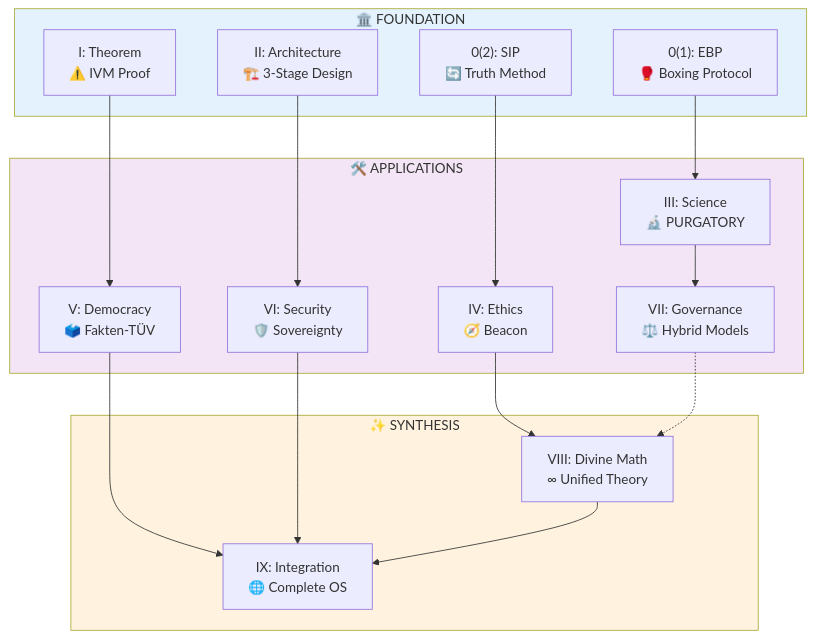
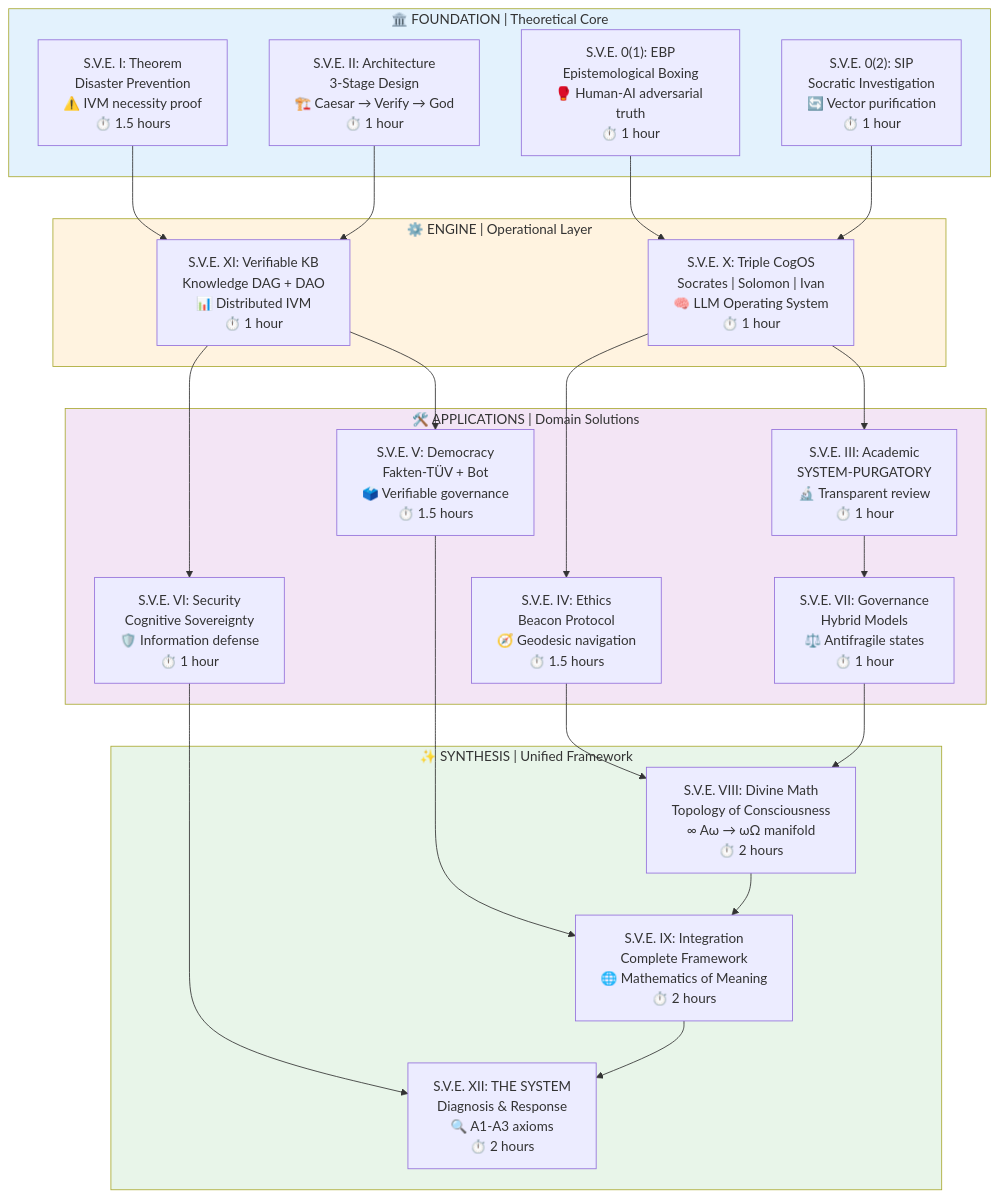
Before and after one commit to skovnats/SVE-Systemic-Verification-Engineering: the diagram in README.md, drawn with Mermaid. The commit also changed other lines of this file and 6 other files, not shown here.

````diff
--- a/README.md
+++ b/README.md
@@ -23,37 +43,51 @@
 ```mermaid
 graph TB
-    subgraph Foundation["🏛️ FOUNDATION"]
-        EBP["0(1): EBP<br/>🥊 Boxing Protocol"]
-        SIP["0(2): SIP<br/>🔄 Truth Method"]
-        THEOREM["I: Theorem<br/>⚠️ IVM Proof"]
-        ARCH["II: Architecture<br/>🏗️ 3-Stage Design"]
+    subgraph Foundation["🏛️ FOUNDATION | Theoretical Core"]
+        EBP["S.V.E. 0(1): EBP<br/>Epistemological Boxing<br/>🥊 Human-AI adversarial truth<br/>⏱️ 1 hour"]
+        SIP["S.V.E. 0(2): SIP<br/>Socratic Investigation<br/>🔄 Vector purification<br/>⏱️ 1 hour"]
+        THEOREM["S.V.E. I: Theorem<br/>Disaster Prevention<br/>⚠️ IVM necessity proof<br/>⏱️ 1.5 hours"]
+        ARCH["S.V.E. II: Architecture<br/>3-Stage Design<br/>🏗️ Caesar → Verify → God<br/>⏱️ 1 hour"]
     end
     
-    subgraph Applications["🛠️ APPLICATIONS"]
-        SCIENCE["III: Science<br/>🔬 PURGATORY"]
-        ETHICS["IV: Ethics<br/>🧭 Beacon"]
-        DEMOCRACY["V: Democracy<br/>🗳️ Fakten-TÜV"]
-        SECURITY["VI: Security<br/>🛡️ Sovereignty"]
-        GOVERNANCE["VII: Governance<br/>⚖️ Hybrid Models"]
+    subgraph Engine["⚙️ ENGINE | Operational Layer"]
+        COGOS["S.V.E. X: Triple CogOS<br/>Socrates | Solomon | Ivan<br/>🧠 LLM Operating System<br/>⏱️ 1 hour"]
+        VKB["S.V.E. XI: Verifiable KB<br/>Knowledge DAG + DAO<br/>📊 Distributed IVM<br/>⏱️ 1 hour"]
     end
     
-    subgraph Synthesis["✨ SYNTHESIS"]
-        DIVINE["VIII: Divine Math<br/>∞ Unified Theory"]
-        INTEGRATED["IX: Integration<br/>🌐 Complete OS"]
+    subgraph Applications["🛠️ APPLICATIONS | Domain Solutions"]
+        SCIENCE["S.V.E. III: Academic<br/>SYSTEM-PURGATORY<br/>🔬 Transparent review<br/>⏱️ 1 hour"]
+        ETHICS["S.V.E. IV: Ethics<br/>Beacon Protocol<br/>🧭 Geodesic navigation<br/>⏱️ 1.5 hours"]
+        DEMOCRACY["S.V.E. V: Democracy<br/>Fakten-TÜV + Bot<br/>🗳️ Verifiable governance<br/>⏱️ 1.5 hours"]
+        SECURITY["S.V.E. VI: Security<br/>Cognitive Sovereignty<br/>🛡️ Information defense<br/>⏱️ 1 hour"]
+        GOVERNANCE["S.V.E. VII: Governance<br/>Hybrid Models<br/>⚖️ Antifragile states<br/>⏱️ 1 hour"]
     end
     
-    EBP --> SCIENCE
-    SIP --> ETHICS
-    THEOREM --> DEMOCRACY
-    ARCH --> SECURITY
+    subgraph Synthesis["✨ SYNTHESIS | Unified Framework"]
+        DIVINE["S.V.E. VIII: Divine Math<br/>Topology of Consciousness<br/>∞ Aω → ωΩ manifold<br/>⏱️ 2 hours"]
+        INTEGRATED["S.V.E. IX: Integration<br/>Complete Framework<br/>🌐 Mathematics of Meaning<br/>⏱️ 2 hours"]
+        SYSTEM["S.V.E. XII: THE SYSTEM<br/>Diagnosis & Response<br/>🔍 A1-A3 axioms<br/>⏱️ 2 hours"]
+    end
+    
+    EBP --> COGOS
+    SIP --> COGOS
+    THEOREM --> VKB
+    ARCH --> VKB
+    
+    COGOS --> SCIENCE
+    COGOS --> ETHICS
+    VKB --> DEMOCRACY
+    VKB --> SECURITY
+    
     SCIENCE --> GOVERNANCE
     ETHICS --> DIVINE
     DEMOCRACY --> INTEGRATED
-    SECURITY --> INTEGRATED
-    GOVERNANCE -.-> DIVINE
+    SECURITY --> SYSTEM
+    GOVERNANCE --> DIVINE
     DIVINE --> INTEGRATED
+    INTEGRATED --> SYSTEM
     
     style Foundation fill:#e3f2fd
+    style Engine fill:#fff3e0
     style Applications fill:#f3e5f5
-    style Synthesis fill:#fff3e0
+    style Synthesis fill:#e8f5e9
 ```
````
